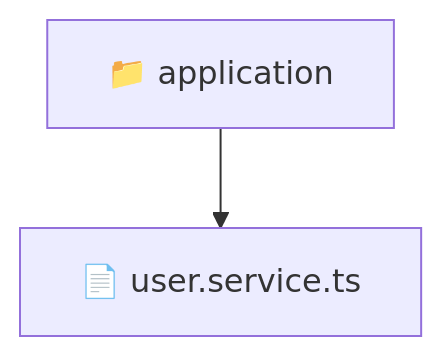
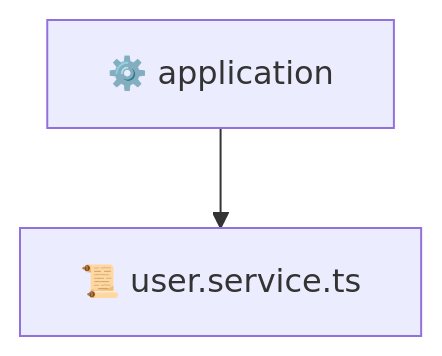
The diagram in backend/src/modules/user/application/README.md (beginwebdev2002/fullstack-mavluda), drawn with Mermaid before and after one commit. The commit also changed other lines of this file and 163 other files, not shown here.

````diff
--- a/backend/src/modules/user/application/README.md
+++ b/backend/src/modules/user/application/README.md
@@ -9,5 +9,5 @@
 ```mermaid
 graph TD
-  Root["📁 application"]
-  Root --> user_service_ts["📄 user.service.ts"]
+  application["⚙️ application"]
+  application --> user_service_ts["📜 user.service.ts"]
 ```
````
